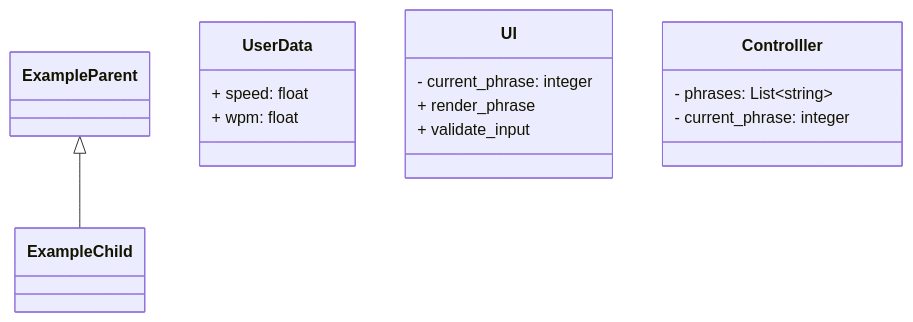
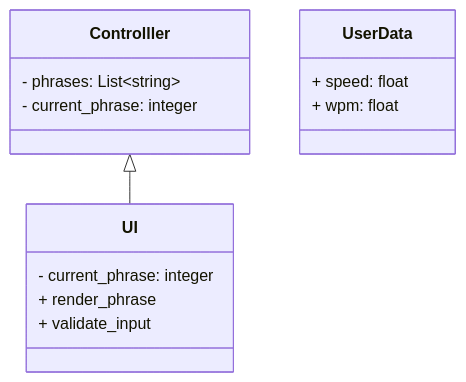
Before and after one commit to imiziuk/tippitytappity-design: the diagram in README.md, drawn with Mermaid.

Commit message:
Update class diagram in README.md

````diff
--- a/README.md
+++ b/README.md
@@ -8,17 +8,17 @@
 ```mermaid
 classDiagram
-  ExampleParent <|-- ExampleChild
+  Controlller <|-- UI
   class UserData{
         + speed: float
         + wpm: float
   }
   class UI{
     - current_phrase: integer
     + render_phrase
     + validate_input
   }
   class Controlller{
     - phrases: List~string~
     - current_phrase: integer 
   }
 ```
````
